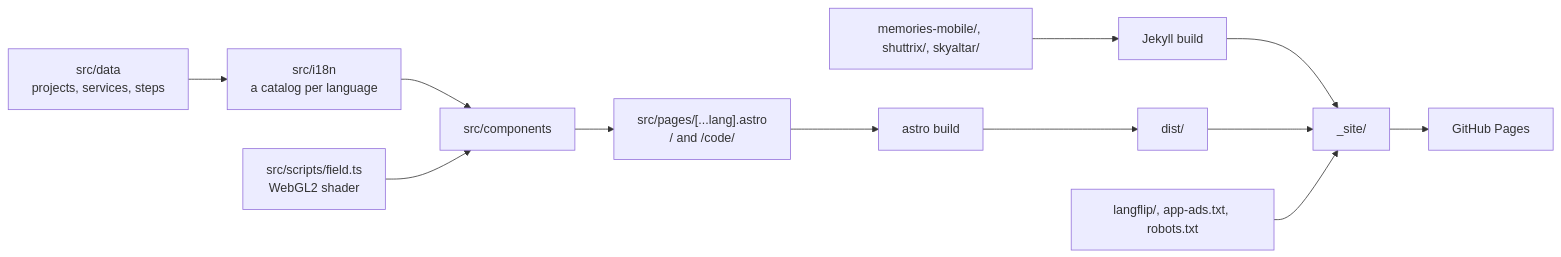
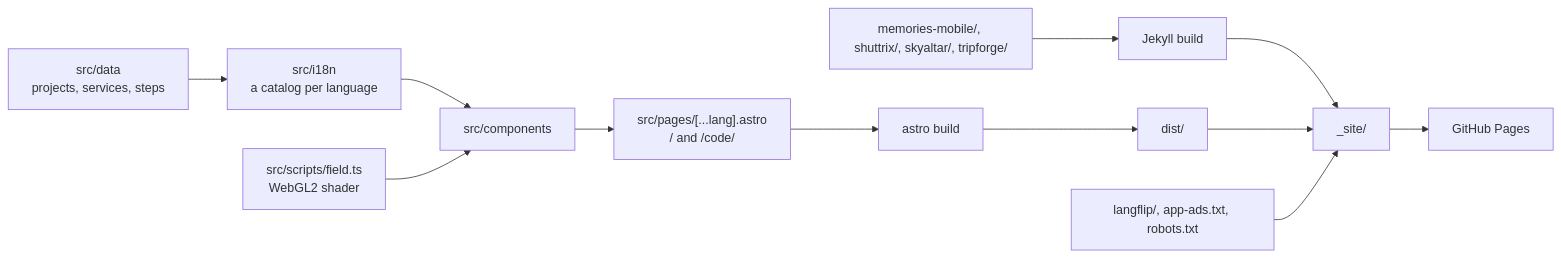
One commit to workbench-soft/workbench-soft.github.io changed the first of 3 diagrams in docs/architecture.md. Above: the diagram before and after it, drawn with Mermaid. The commit also changed other lines of this file and 7 other files, not shown here.

````diff
--- a/docs/architecture.md
+++ b/docs/architecture.md
@@ -17,12 +18,12 @@
 ```mermaid
 flowchart LR
   data["src/data<br/>projects, services, steps"] --> i18n["src/i18n<br/>a catalog per language"]
   i18n --> components["src/components"]
   components --> pages["src/pages/[...lang].astro<br/>/ and /code/"]
   scripts["src/scripts/field.ts<br/>WebGL2 shader"] --> components
   pages --> astro["astro build"] --> dist["dist/"]
-  jekyll["memories-mobile/, shuttrix/, skyaltar/"] --> jb["Jekyll build"] --> site["_site/"]
+  jekyll["memories-mobile/, shuttrix/, skyaltar/, tripforge/"] --> jb["Jekyll build"] --> site["_site/"]
   dist --> site
   root["langflip/, app-ads.txt, robots.txt"] --> site
   site --> pages_["GitHub Pages"]
 ```
````
